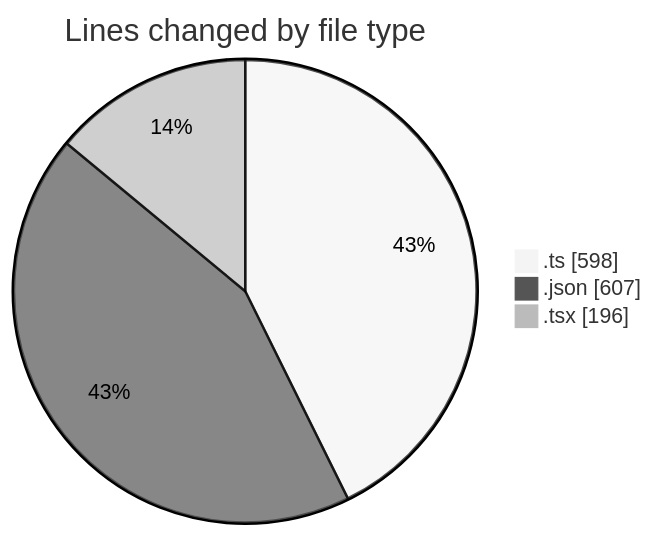
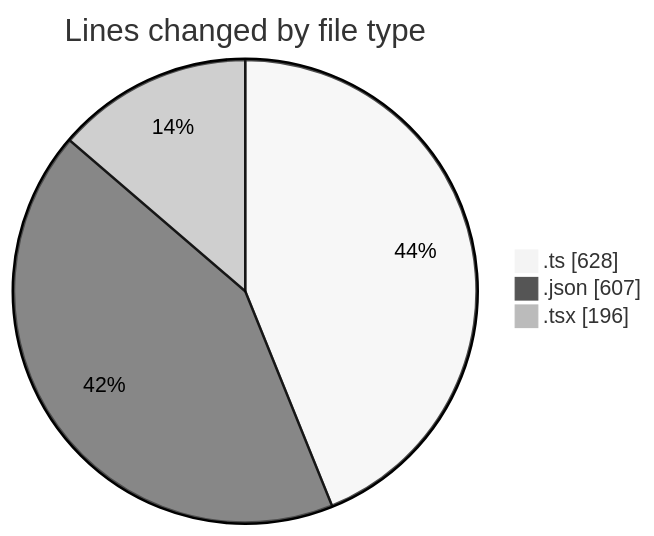
Before and after one commit to EIIisD/code-tracking: the first of 2 diagrams in 2025-07-12/ribbon/README.md, drawn with Mermaid (neutral theme). The commit also changed other lines of this file and 1 other file, not shown here.

````diff
--- a/2025-07-12/ribbon/README.md
+++ b/2025-07-12/ribbon/README.md
@@ -29,7 +29,7 @@
 ```mermaid
 pie showData
 title Lines changed by file type
-".ts" : 598
+".ts" : 628
 ".json" : 607
 ".tsx" : 196
 ```
````
